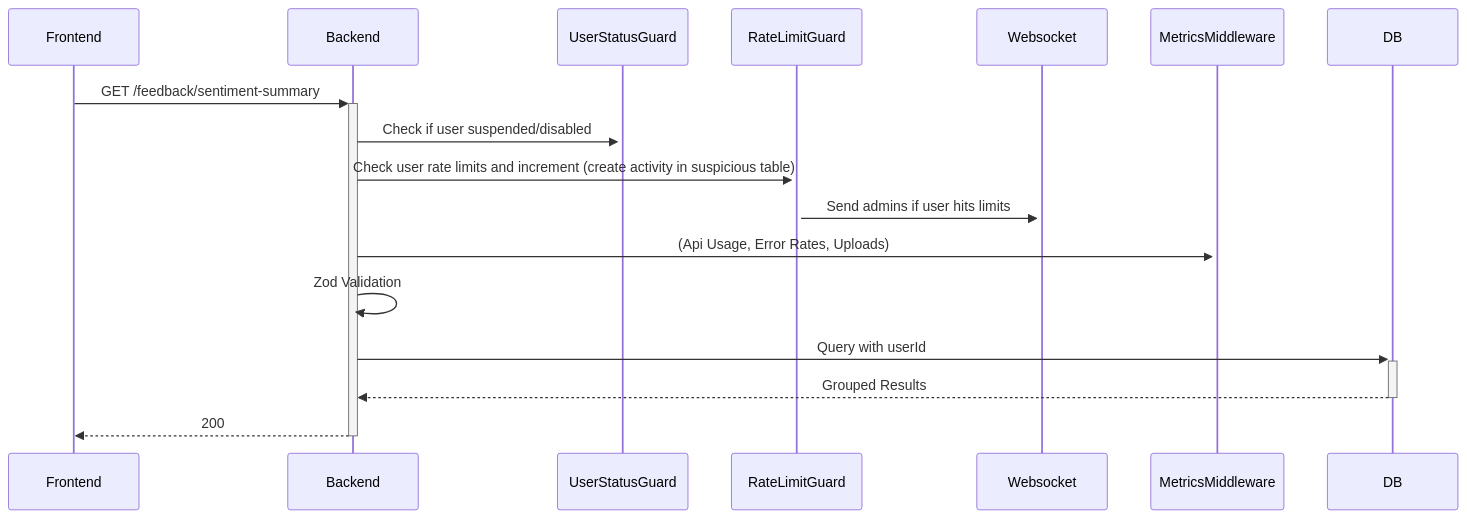
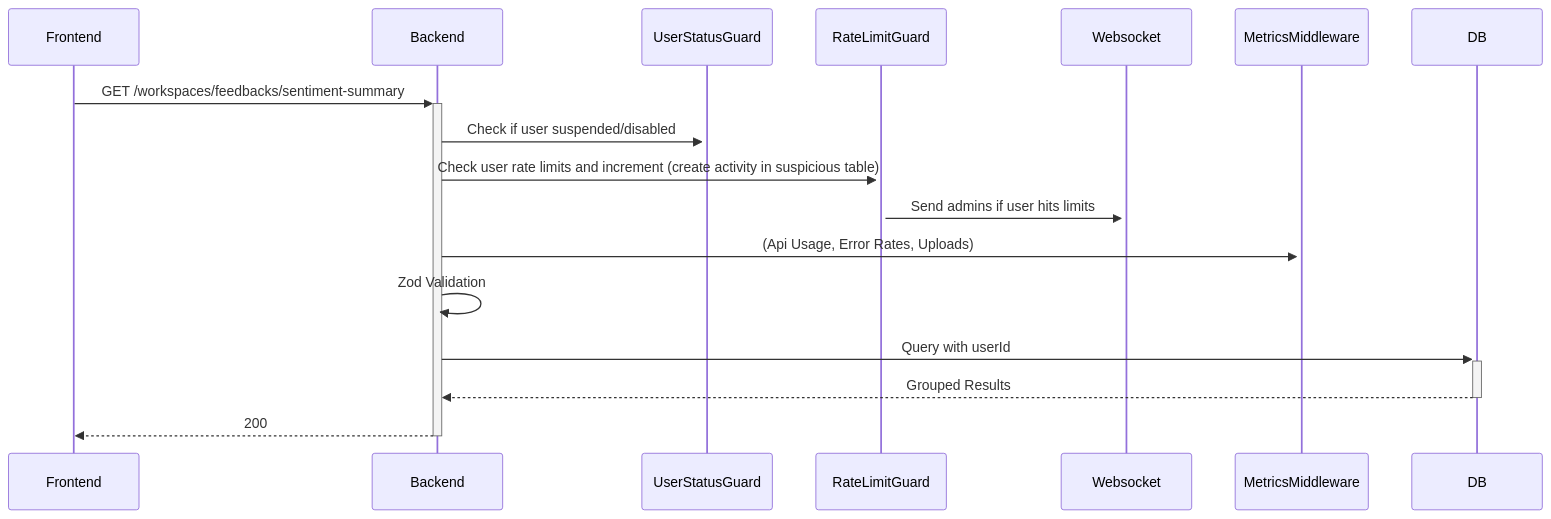
One commit to Xayrulloh/Feedback-Sentiment changed the eighth of 33 diagrams in README.md. Above: the diagram before and after it, drawn with Mermaid. The commit also changed other lines of this file, not shown here.

````diff
--- a/README.md
+++ b/README.md
@@ -236,12 +255,12 @@
 ```mermaid
 sequenceDiagram
-    Frontend->>+Backend: GET /feedback/sentiment-summary
+    Frontend->>+Backend: GET /workspaces/feedbacks/sentiment-summary
     Backend->>+UserStatusGuard: Check if user suspended/disabled
     Backend->>+RateLimitGuard: Check user rate limits and increment (create activity in suspicious table)
     RateLimitGuard->>+Websocket: Send admins if user hits limits
     Backend->>+MetricsMiddleware: (Api Usage, Error Rates, Uploads)
     Backend->>Backend: Zod Validation
     Backend->>+DB: Query with userId
     DB-->>-Backend: Grouped Results
     Backend-->>-Frontend: 200
 ```
````
